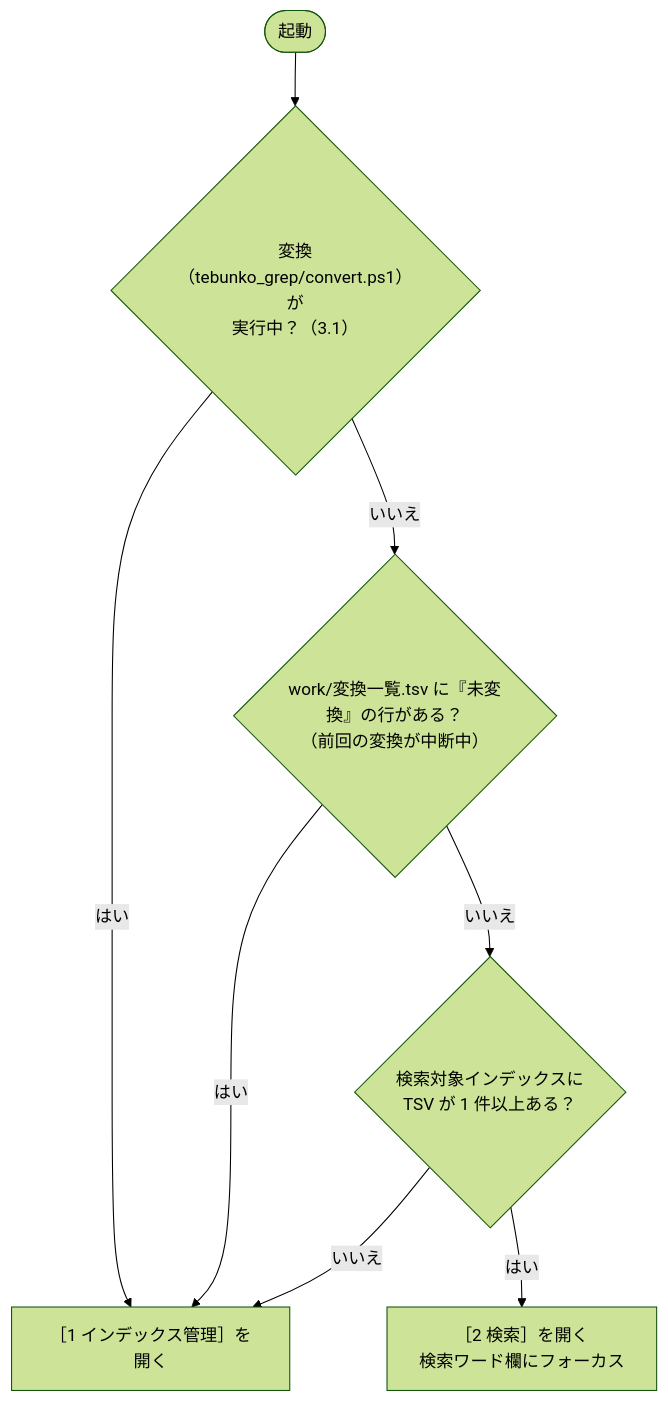
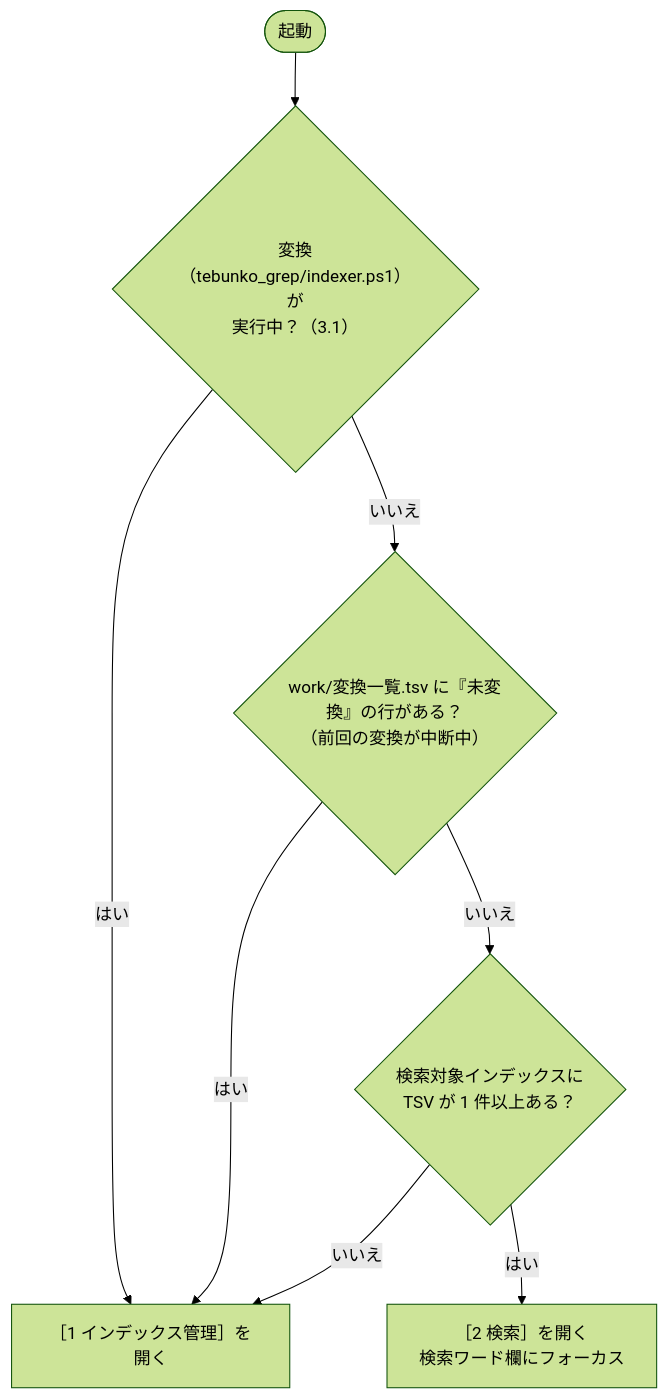
The diagram in docs/03_画面.md (hsgwa/tebunko), drawn with Mermaid (forest theme) before and after one commit. The commit also changed other lines of this file and 59 other files, not shown here.

````diff
--- a/docs/03_画面.md
+++ b/docs/03_画面.md
@@ -97,10 +97,10 @@
 ```mermaid
 flowchart TD
-    S(["起動"]) --> R{"変換（tebunko_grep/convert.ps1）が<br>実行中？（3.1）"}
+    S(["起動"]) --> R{"変換（tebunko_grep/indexer.ps1）が<br>実行中？（3.1）"}
     R -- はい --> T1
     R -- いいえ --> A{"work/変換一覧.tsv に『未変換』の行がある？<br>（前回の変換が中断中）"}
     A -- はい --> T1["［1 インデックス管理］を開く"]
     A -- いいえ --> B{"検索対象インデックスに<br>TSV が 1 件以上ある？"}
     B -- いいえ --> T1
     B -- はい --> T2["［2 検索］を開く<br>検索ワード欄にフォーカス"]
 ```
````
